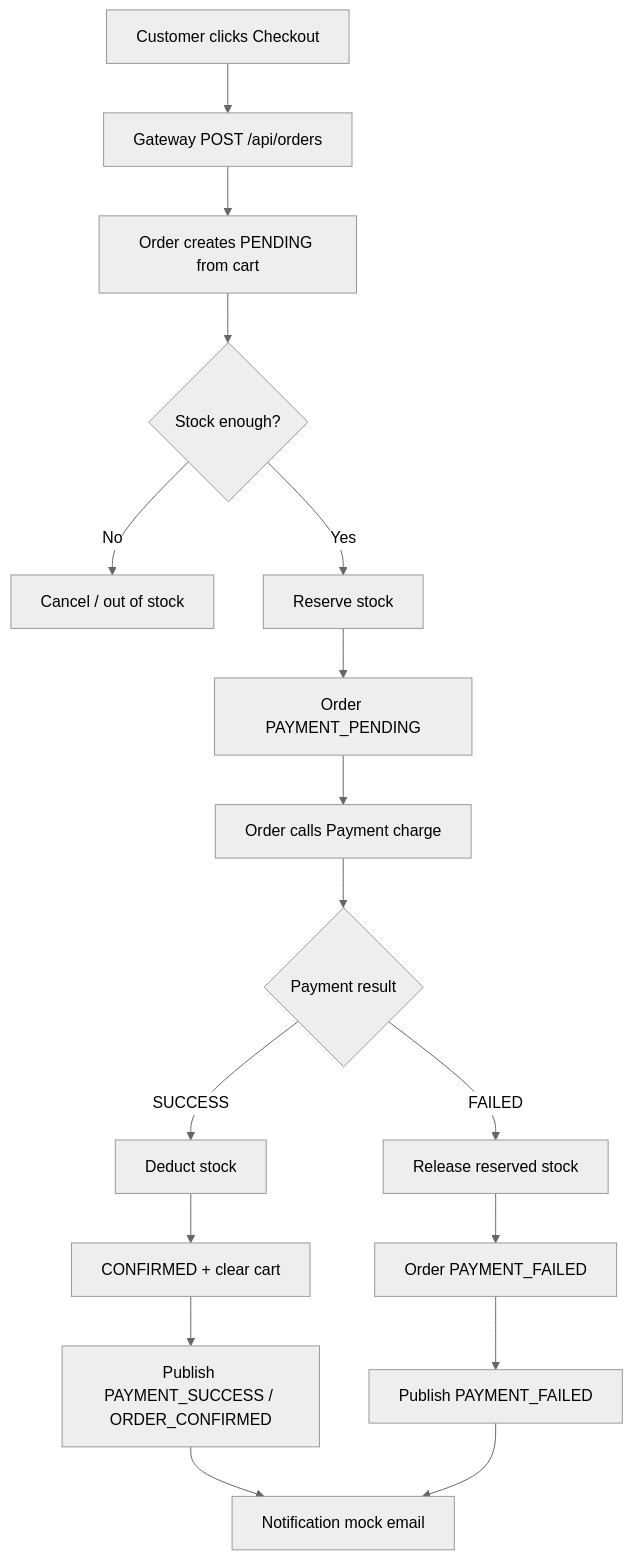
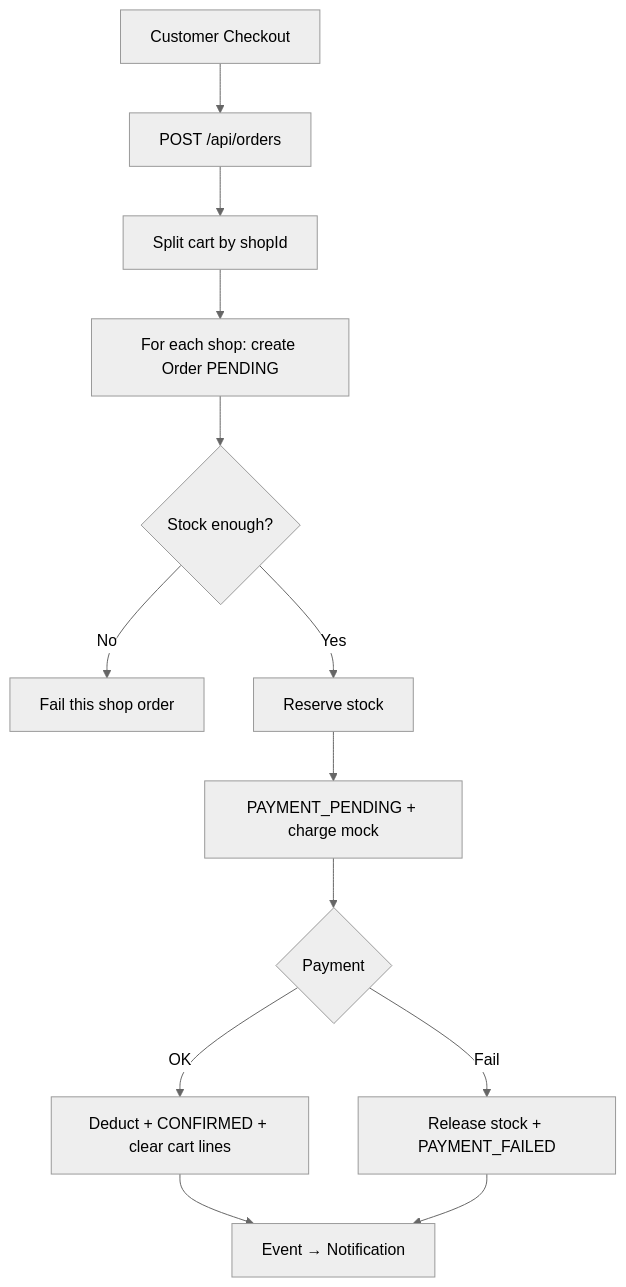
The fourth of 4 diagrams in README.md (trinhvanhai1994/GTVT_ecommerce), drawn with Mermaid (neutral theme) before and after one commit. The commit also changed other lines of this file, not shown here.

````diff
--- a/README.md
+++ b/README.md
@@ -133,19 +158,15 @@
 ```mermaid
 flowchart TD
-  A["Customer clicks Checkout"] --> B["Gateway POST /api/orders"]
-  B --> C["Order creates PENDING from cart"]
-  C --> D{"Stock enough?"}
-  D -->|No| X["Cancel / out of stock"]
-  D -->|Yes| E["Reserve stock"]
-  E --> F["Order PAYMENT_PENDING"]
-  F --> G["Order calls Payment charge"]
-  G --> H{"Payment result"}
-  H -->|SUCCESS| I["Deduct stock"]
-  I --> J["CONFIRMED + clear cart"]
-  J --> K["Publish PAYMENT_SUCCESS / ORDER_CONFIRMED"]
-  K --> L["Notification mock email"]
-  H -->|FAILED| M["Release reserved stock"]
-  M --> N["Order PAYMENT_FAILED"]
-  N --> O["Publish PAYMENT_FAILED"]
-  O --> L
+  A["Customer Checkout"] --> B["POST /api/orders"]
+  B --> C["Split cart by shopId"]
+  C --> D["For each shop: create Order PENDING"]
+  D --> E{"Stock enough?"}
+  E -->|No| X["Fail this shop order"]
+  E -->|Yes| F["Reserve stock"]
+  F --> G["PAYMENT_PENDING + charge mock"]
+  G --> H{"Payment"}
+  H -->|OK| I["Deduct + CONFIRMED + clear cart lines"]
+  I --> J["Event → Notification"]
+  H -->|Fail| K["Release stock + PAYMENT_FAILED"]
+  K --> J
 ```
````
